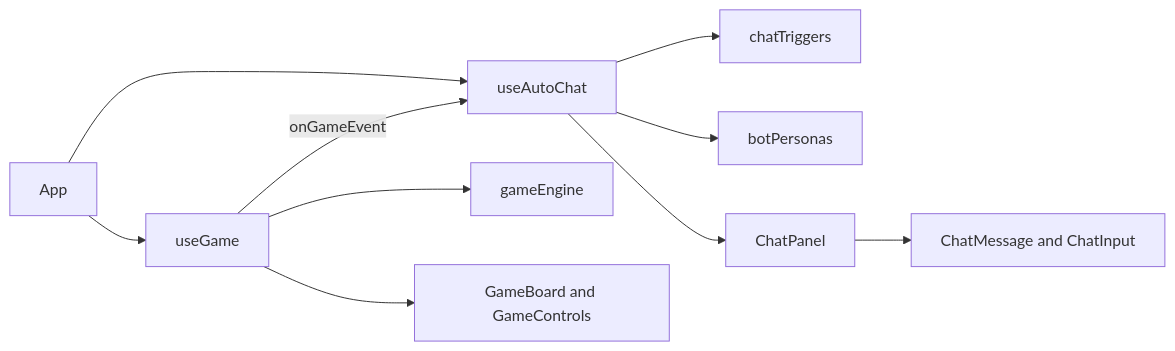
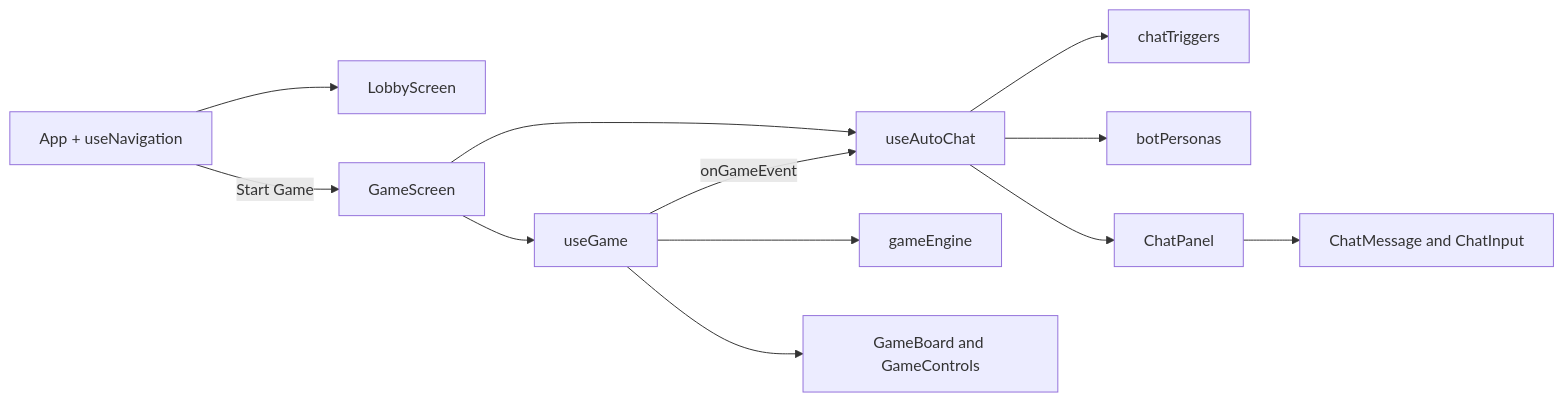
Before and after one commit to Wy07-ai/snake-and-ladder: the diagram in ARCHITECTURE.md, drawn with Mermaid.

Commit message:
feat: implement audio manager and sound effects framework

````diff
--- a/ARCHITECTURE.md
+++ b/ARCHITECTURE.md
@@ -30,12 +30,14 @@
 ```mermaid
 flowchart LR
-    A[App] --> B[useGame]
-    A --> C[useAutoChat]
+    A[App + useNavigation] --> L[LobbyScreen]
+    A -->|Start Game| GS[GameScreen]
+    GS --> B[useGame]
+    GS --> C[useAutoChat]
     B -->|onGameEvent| C
     B --> D[gameEngine]
     C --> E[chatTriggers]
     C --> F[botPersonas]
     C --> G[ChatPanel]
     G --> H[ChatMessage and ChatInput]
     B --> I[GameBoard and GameControls]
 ```
````
